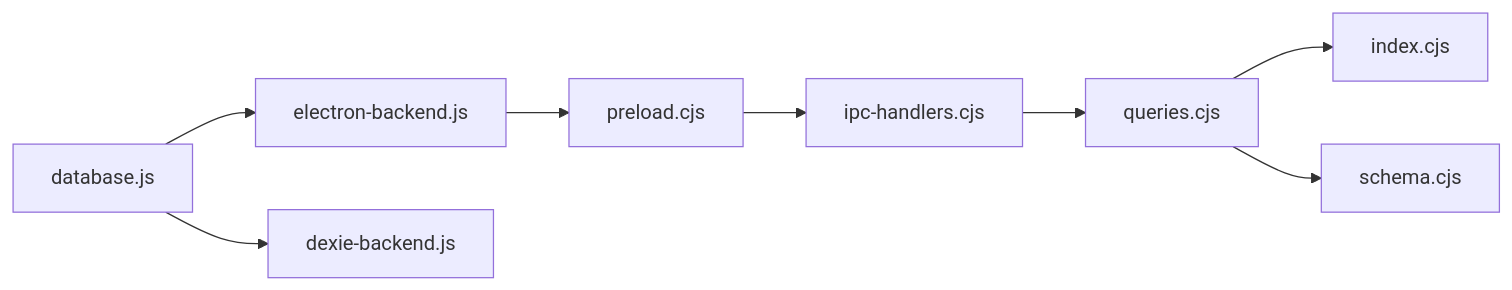
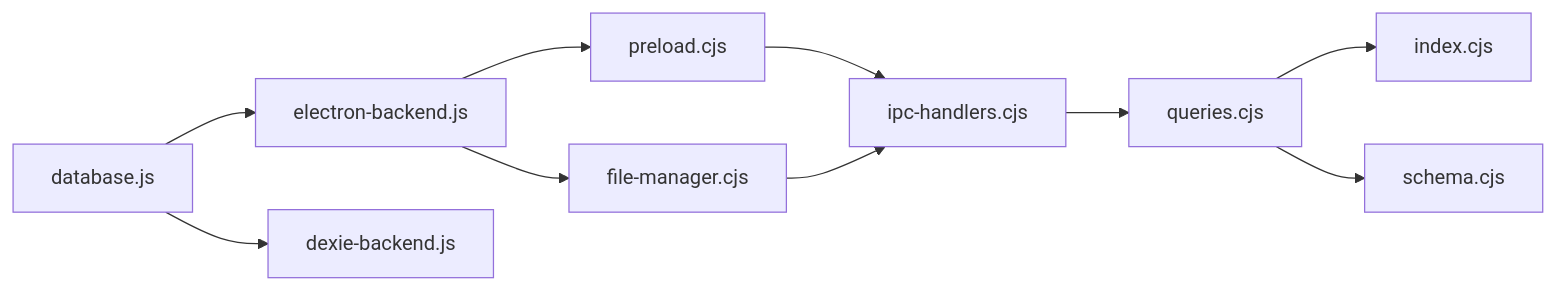
The seventh of 8 diagrams in .qoder/repowiki/zh/content/数据库层/SQLite 数据库层.md (AlbusWei/AI-Image-Studio), drawn with Mermaid before and after one commit. The commit also changed other lines of this file and 26 other files, not shown here.

Commit message:
fix: 修复 Gallery 图片显示 broken image 问题

````diff
--- a/.qoder/repowiki/zh/content/数据库层/SQLite 数据库层.md
+++ b/.qoder/repowiki/zh/content/数据库层/SQLite 数据库层.md
@@ -295,10 +392,12 @@
 ```mermaid
 graph LR
 DatabaseJS["database.js"] --> ElectronBackend["electron-backend.js"]
 DatabaseJS --> DexieBackend["dexie-backend.js"]
 ElectronBackend --> Preload["preload.cjs"]
+ElectronBackend --> FileManager["file-manager.cjs"]
 Preload --> IPC["ipc-handlers.cjs"]
 IPC --> Queries["queries.cjs"]
 Queries --> IndexCJS["index.cjs"]
 Queries --> Schema["schema.cjs"]
+FileManager --> IPC
 ```
````
